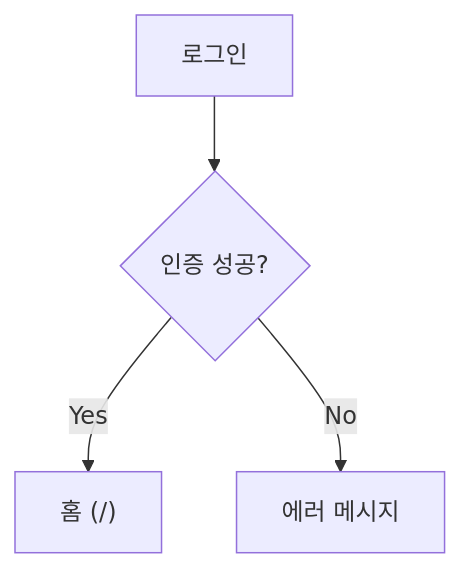
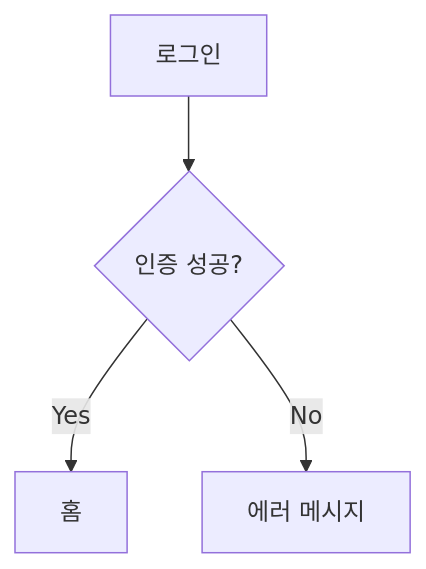
One commit to upleat-ax/u-maker-plugin changed diagram 16 of 16 in references/mermaid-guide.md. Above: the diagram before and after it, drawn with Mermaid. The commit also changed other lines of this file and 9 other files, not shown here.

First line of the commit message:
feat(plugin): enforce safe mermaid labels and QA unit+e2e coverage

````diff
--- a/references/mermaid-guide.md
+++ b/references/mermaid-guide.md
@@ -503,6 +504,6 @@
 ```mermaid
 flowchart TD
     A[로그인] --> B{"인증 성공?"}
-    B -->|Yes| C["홈 (/)"]
+    B -->|Yes| C["홈"]
     B -->|No| D["에러 메시지"]
 ```
````
